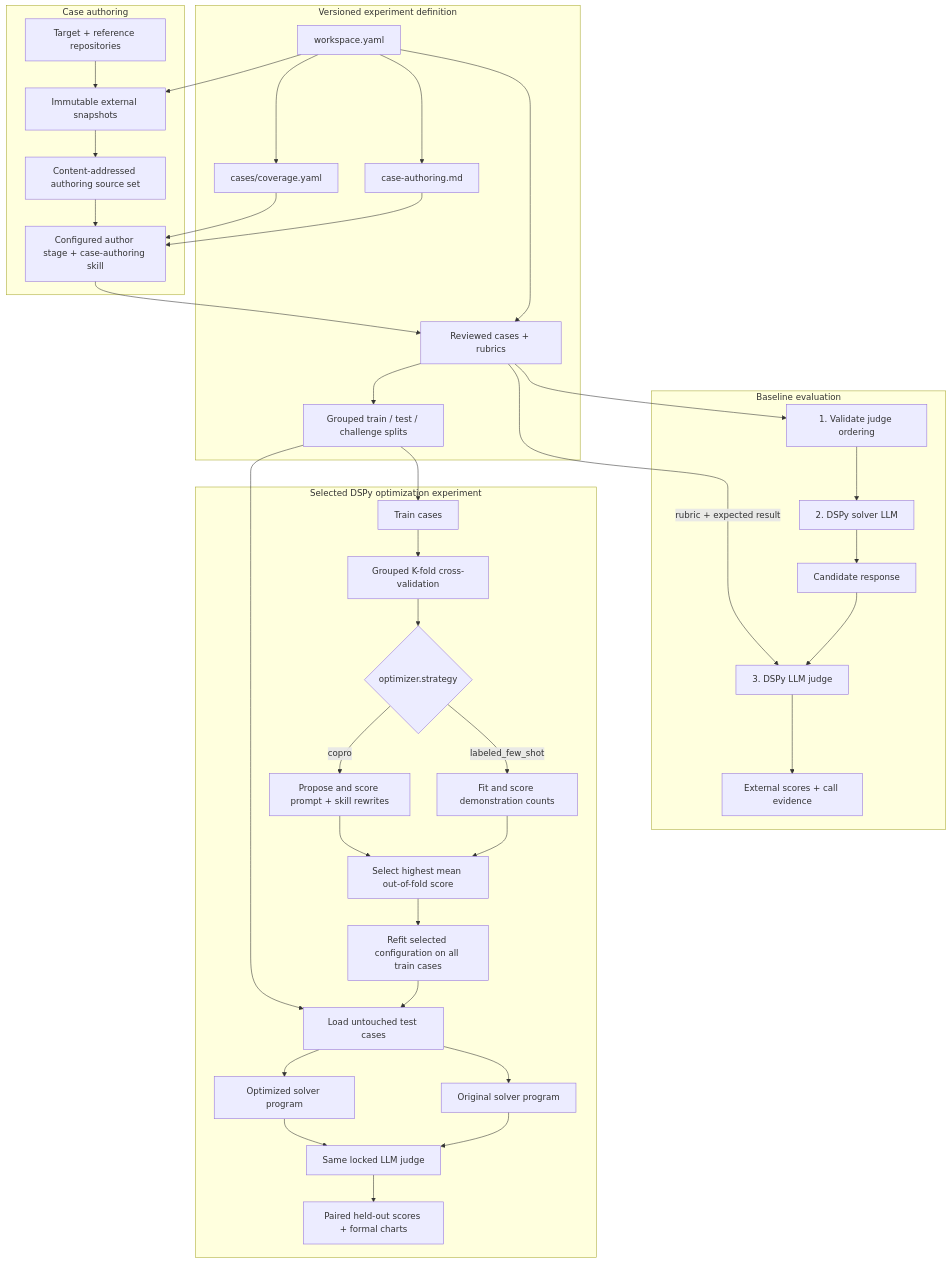
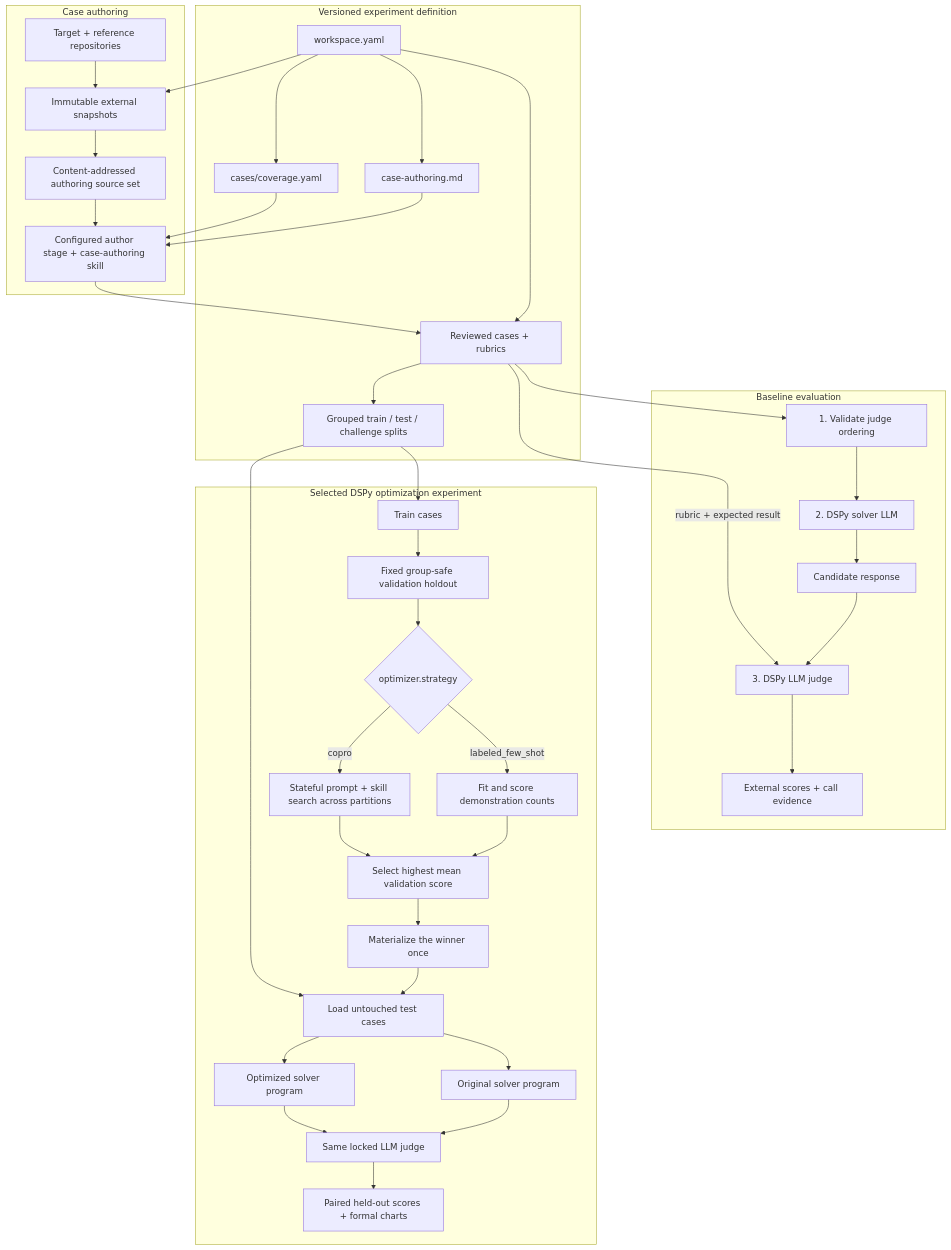
Before and after one commit to mainsequence-sdk/repo-agent-eval: the diagram in README.md, drawn with Mermaid. The commit also changed other lines of this file and 61 other files, not shown here.

````diff
--- a/README.md
+++ b/README.md
@@ -41,51 +41,51 @@
 ```mermaid
 flowchart TB
     subgraph Definition["Versioned experiment definition"]
         Workspace["workspace.yaml"]
         AuthoringPolicy["case-authoring.md"]
         CapabilityCatalog["cases/coverage.yaml"]
         Cases["Reviewed cases + rubrics"]
         Splits["Grouped train / test / challenge splits"]
         Workspace --> AuthoringPolicy
         Workspace --> CapabilityCatalog
         Workspace --> Cases
         Cases --> Splits
     end
 
     subgraph Authoring["Case authoring"]
         Repo["Target + reference repositories"] --> Snapshot["Immutable external snapshots"]
         Workspace --> Snapshot
         Snapshot --> SourceSet["Content-addressed authoring source set"]
         SourceSet --> Author["Configured author stage + case-authoring skill"]
         AuthoringPolicy --> Author
         CapabilityCatalog --> Author
         Author --> Cases
     end
 
     subgraph Baseline["Baseline evaluation"]
         Cases --> JudgeValidation["1. Validate judge ordering"]
         JudgeValidation --> Solver["2. DSPy solver LLM"]
         Solver --> Candidate["Candidate response"]
         Candidate --> Judge["3. DSPy LLM judge"]
         Cases -->|"rubric + expected result"| Judge
         Judge --> BaselineResults["External scores + call evidence"]
     end
 
     subgraph Optimization["Selected DSPy optimization experiment"]
         Splits --> Train["Train cases"]
-        Train --> Folds["Grouped K-fold cross-validation"]
-        Folds --> Strategy{"optimizer.strategy"}
+        Train --> Holdout["Fixed group-safe validation holdout"]
+        Holdout --> Strategy{"optimizer.strategy"}
         Strategy -->|"labeled_few_shot"| Demos["Fit and score demonstration counts"]
-        Strategy -->|"copro"| Rewrite["Propose and score prompt + skill rewrites"]
-        Demos --> Select["Select highest mean out-of-fold score"]
+        Strategy -->|"copro"| Rewrite["Stateful prompt + skill search across partitions"]
+        Demos --> Select["Select highest mean validation score"]
         Rewrite --> Select
-        Select --> Refit["Refit selected configuration on all train cases"]
+        Select --> Refit["Materialize the winner once"]
         Refit --> Test["Load untouched test cases"]
         Splits --> Test
         Test --> Original["Original solver program"]
         Test --> Final["Optimized solver program"]
         Original --> JudgeBoth["Same locked LLM judge"]
         Final --> JudgeBoth
         JudgeBoth --> OptimizedResults["Paired held-out scores + formal charts"]
     end
 ```
````
